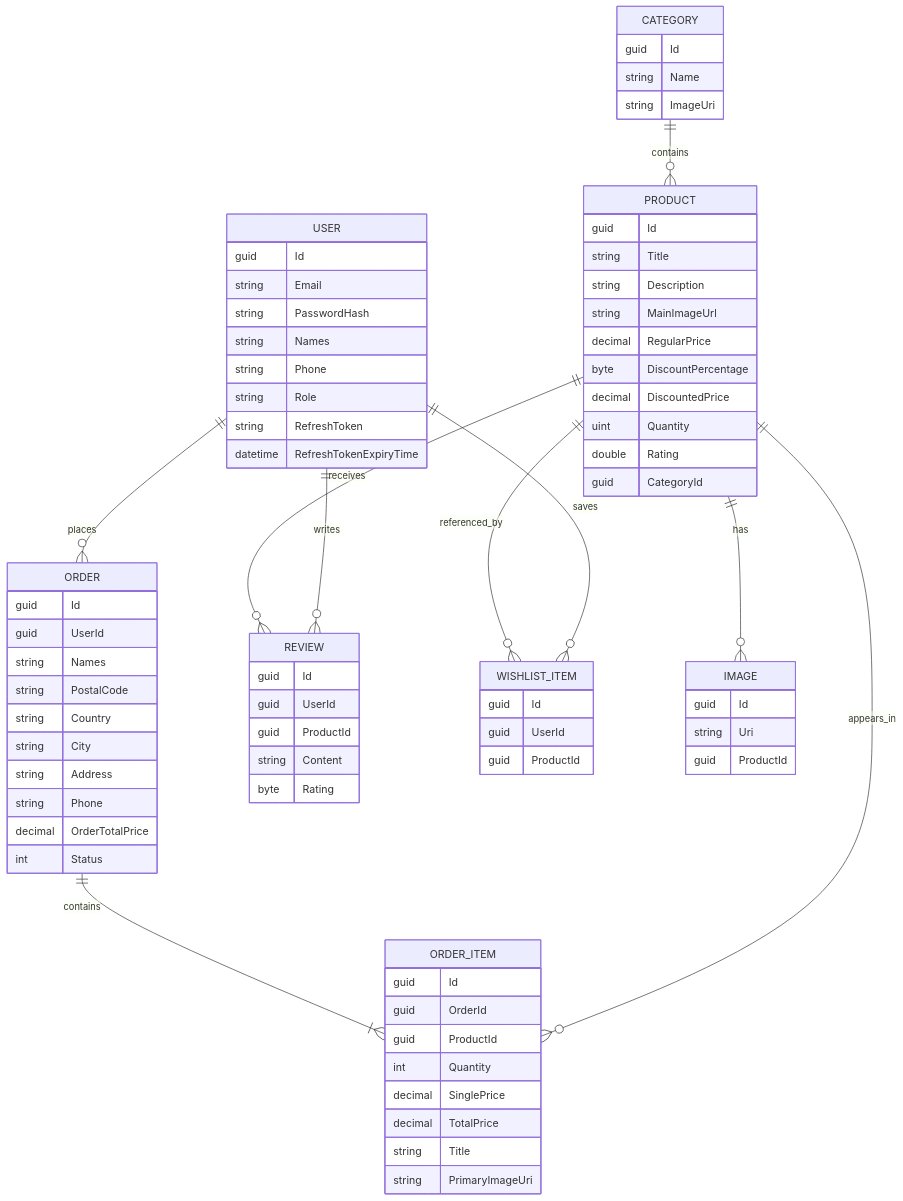
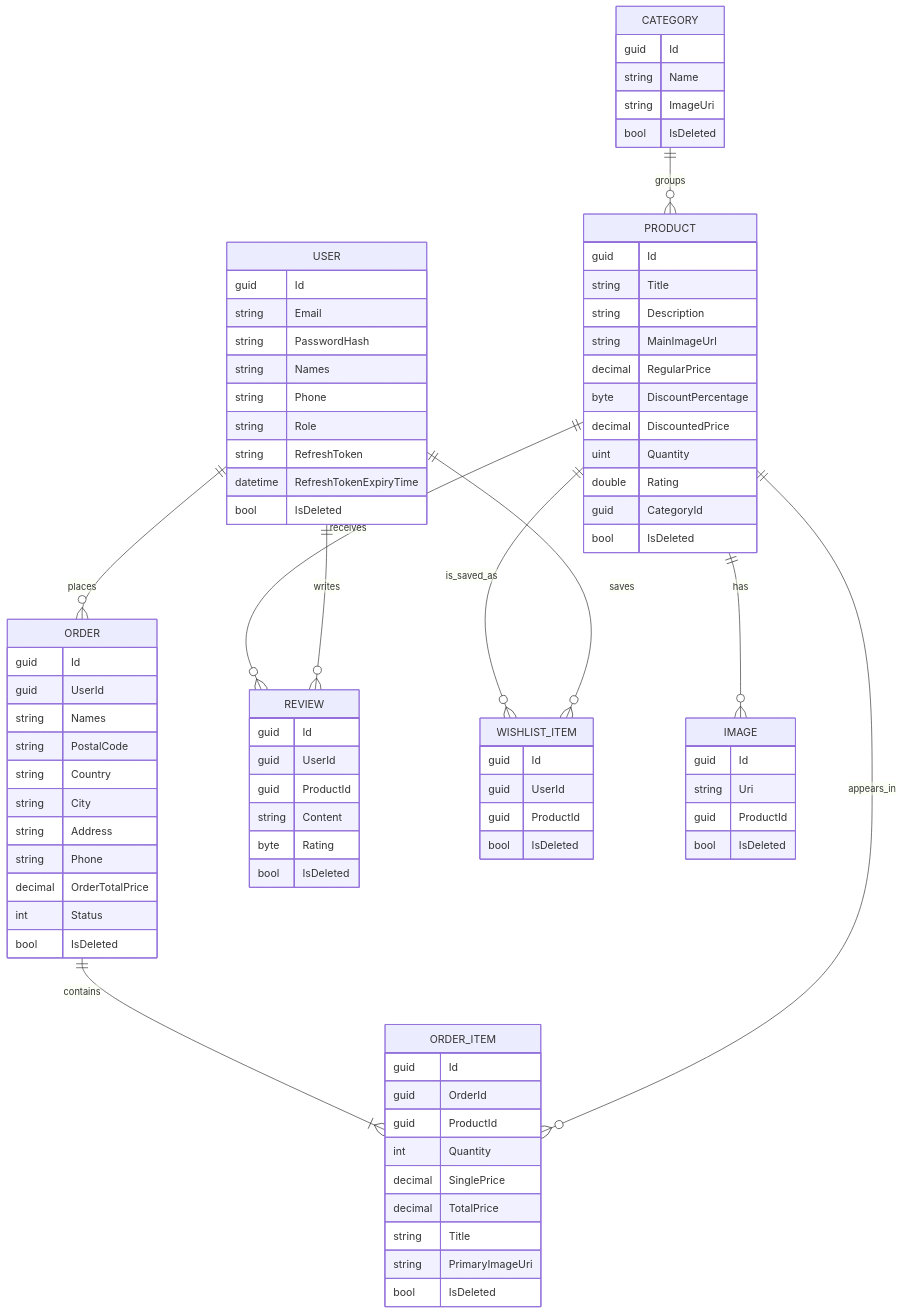
One commit to IvanovvAlex/SportGoods.Client changed the fifth of 5 diagrams in docs/ProjectDocumentation.en.md. Above: the diagram before and after it, drawn with Mermaid. The commit also changed other lines of this file and 3 other files, not shown here.

````diff
--- a/docs/ProjectDocumentation.en.md
+++ b/docs/ProjectDocumentation.en.md
@@ -194,11 +247,11 @@
     USER ||--o{ ORDER : places
     USER ||--o{ REVIEW : writes
     USER ||--o{ WISHLIST_ITEM : saves
-    CATEGORY ||--o{ PRODUCT : contains
+    CATEGORY ||--o{ PRODUCT : groups
     PRODUCT ||--o{ IMAGE : has
     PRODUCT ||--o{ REVIEW : receives
     PRODUCT ||--o{ ORDER_ITEM : appears_in
-    PRODUCT ||--o{ WISHLIST_ITEM : referenced_by
+    PRODUCT ||--o{ WISHLIST_ITEM : is_saved_as
     ORDER ||--|{ ORDER_ITEM : contains
 
     USER {
@@ -210,12 +263,14 @@
         string Role
         string RefreshToken
         datetime RefreshTokenExpiryTime
+        bool IsDeleted
     }
 
     CATEGORY {
         guid Id
         string Name
         string ImageUri
+        bool IsDeleted
     }
 
     PRODUCT {
@@ -229,12 +284,14 @@
         uint Quantity
         double Rating
         guid CategoryId
+        bool IsDeleted
     }
 
     IMAGE {
         guid Id
         string Uri
         guid ProductId
+        bool IsDeleted
     }
 
     ORDER {
@@ -248,6 +305,7 @@
         string Phone
         decimal OrderTotalPrice
         int Status
+        bool IsDeleted
     }
 
     ORDER_ITEM {
@@ -259,6 +317,7 @@
         decimal TotalPrice
         string Title
         string PrimaryImageUri
+        bool IsDeleted
     }
 
     REVIEW {
@@ -267,11 +326,13 @@
         guid ProductId
         string Content
         byte Rating
+        bool IsDeleted
     }
 
     WISHLIST_ITEM {
         guid Id
         guid UserId
         guid ProductId
+        bool IsDeleted
     }
 ```
````
